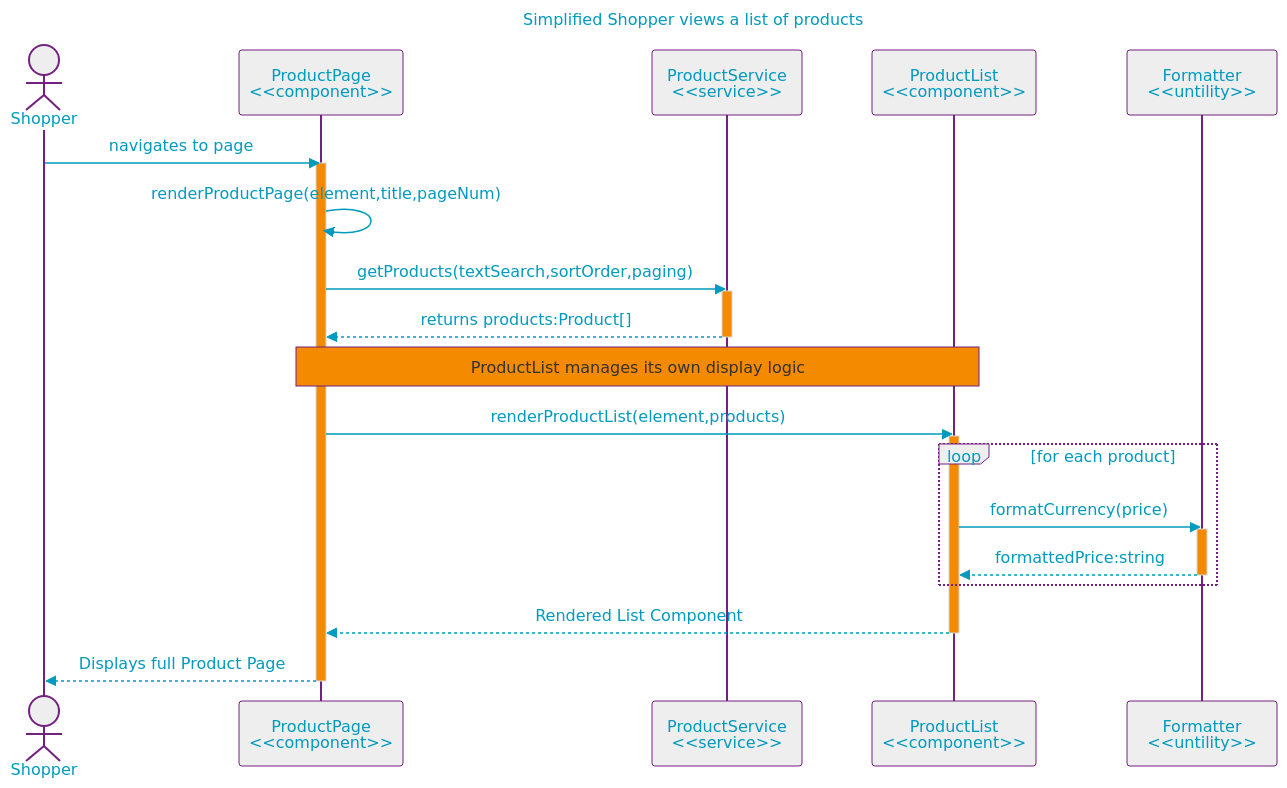
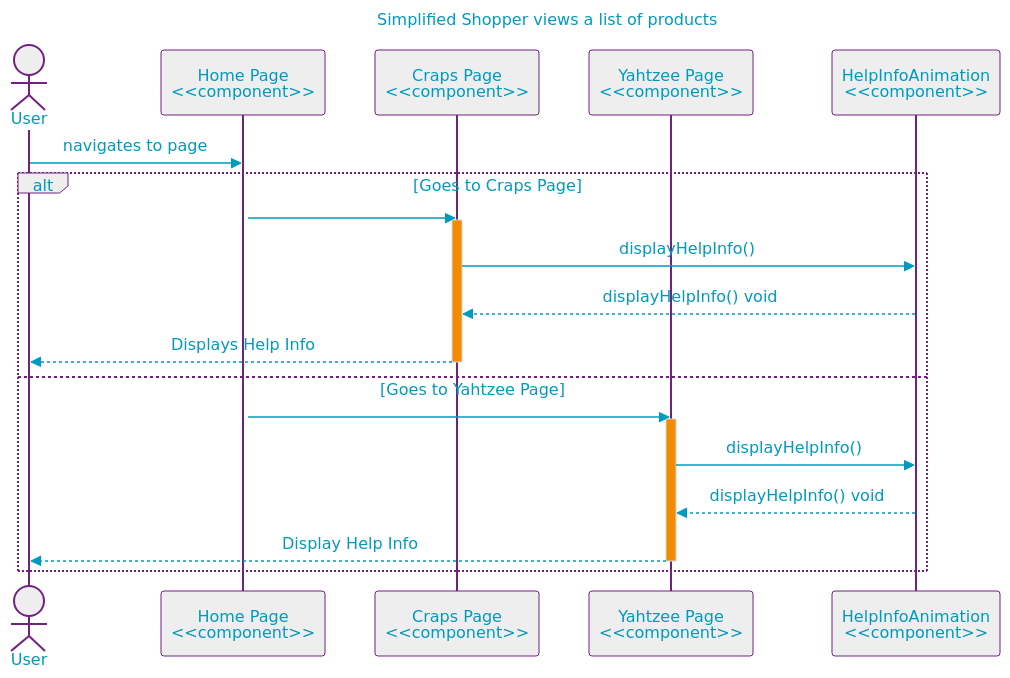
One commit to null-0ne/COSA-195-Gamehub changed the diagram in uml/seq-story3.md. Above: the diagram before and after it, drawn with Mermaid. The commit also changed 5 other files, not shown here.

Commit message:
Finished seq diagram and icd diagram workng on help-slider.js

````diff
--- a/uml/seq-story3.md
+++ b/uml/seq-story3.md
@@ -3,48 +3,38 @@
 ```mermaid
 %%{init:{"securityLevel":"loose","layout":"elk","elk":{"nodePlacementStrategy":"NETWORK_SIMPLEX"},"theme":"base",
 "themeVariables":{"primaryColor":"#EEE","primaryTextColor":"#009ABE","primaryBorderColor":"#732181","lineColor":"#009ABE","noteBorderColor":"#732181","noteBkgColor":"#F38A00","activationBkgColor":"#F38A00"    }
 }}%%
 %%----------------------- MERMAID MARKUP BELOW --------------------%%
 
 
 sequenceDiagram
 title: Simplified Shopper views a list of products
 
-    actor u as Shopper
-    participant p as ProductPage<br><<component>>
-    participant s as ProductService<br><<service>>
-    participant l as ProductList<br><<component>>
-    participant f as Formatter<br><<untility>>
+    actor u as User
+    participant p as Home Page<br><<component>>
+    participant c as Craps Page<br><<component>>
+    participant y as Yahtzee Page<br><<component>>
+    participant h as HelpInfoAnimation<br><<component>>
 
     u->>p: navigates to page
     activate p
-
-    p->>p: renderProductPage(element,title,pageNum)
-    
-    p->>s: getProducts(textSearch,sortOrder,paging)
-    activate s
-    s-->>p: returns products:Product[]
-    deactivate s
-
-    Note over p, l: ProductList manages its own display logic
-    p->>l: renderProductList(element,products)
-    activate l
-    
-    loop for each product
-        l->>f: formatCurrency(price)
-        activate f
-        f-->>l: formattedPrice:string
-        deactivate f
+    alt Goes to Craps Page
+    p->>c:
+    activate c
+    c->>h: displayHelpInfo()
+    h-->>c: displayHelpInfo() void
+    c-->>u: Displays Help Info
+    deactivate c    
+    else Goes to Yahtzee Page
+    p->>y:
+    activate y
+    y->>h: displayHelpInfo()
+    h-->>y: displayHelpInfo() void
+    y-->>u: Display Help Info
+    deactivate y
     end
-    
-    l-->>p: Rendered List Component
-    deactivate l
-
-    p-->>u: Displays full Product Page
-    deactivate p
-
 
 
 
 %%----------------------- MERMAID MARKUP ABOVE --------------------%%
 ```
````
